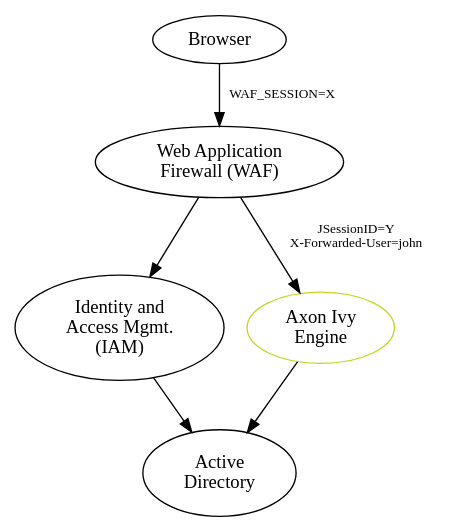
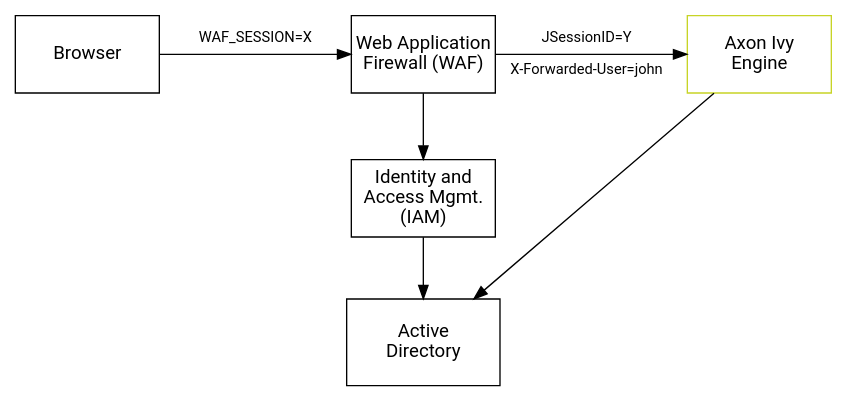
One commit to bernhardAxonIvy/doc changed the diagram in source/engine-guide/integration/single-sign-on/web-application-firewall/overview.dot. Above: the diagram before and after it, drawn with Graphviz. The commit also changed 28 other files, not shown here.

```diff
--- a/source/engine-guide/integration/single-sign-on/web-application-firewall/overview.dot
+++ b/source/engine-guide/integration/single-sign-on/web-application-firewall/overview.dot
@@ -1,16 +1,24 @@
+digraph overview {
+  layout=neato;
+  node [shape=box, fontname="Roboto,Helvetica Neue,Arial,sans-serif", margin=0, fixedsize="true"]; 
+  
+  /* nodes */
+  browser [label="Browser", pos="0.0,3.0!", height="0.8", width="1.5"];
 
-digraph overview {
-  browser [label="Browser" pos = "0,3!" width=1];
-
-  waf [label="Web Application\nFirewall (WAF)" pos = "3.5,3!" width=1.6];
-  iam [label="Identity and\nAccess Mgmt.\n(IAM)" pos = "3.5,1.5!" height=1.1 width=1.6];
+  waf [label="Web Application\nFirewall (WAF)",   pos="3.5,3.0!", height="0.8", width="1.5"];
+  iam [label="Identity and\nAccess Mgmt.\n(IAM)", pos="3.5,1.5!", height="0.8", width="1.5"];
   ad [label="Active\nDirectory" pos="3.5,0!" height=0.9 width=1.6];
  
-  engine [label="Axon Ivy\nEngine" pos="7,3!" width="1.5" color="#C7D426" fontcolor="black"];
+  engine [label="Axon Ivy\nEngine" pos="7,3!", height="0.8", width="1.5", color="#C7D426", fontcolor="black"];
   
-  browser -> waf [label="WAF_SESSION=X" fontsize=10];
-  waf -> engine [label="JSessionID=Y\nX-Forwarded-User=john" fontsize=10];
+  /* edges */
+  browser -> waf;
+  waf -> engine;
   engine -> ad;
   iam -> ad;
   waf -> iam;
+
+  /* edge labels */
+  browser_waf [label="WAF_SESSION=X\n \n ",                   pos="1.75,3.0!", shape=none, fillcolor=none, fontcolor="black", fontsize="11"];
+  waf_engine [label="JSessionID=Y\n \nX-Forwarded-User=john", pos="5.20,3.0!", shape=none, fillcolor=none, fontcolor="black", fontsize="11"];
 }
```
